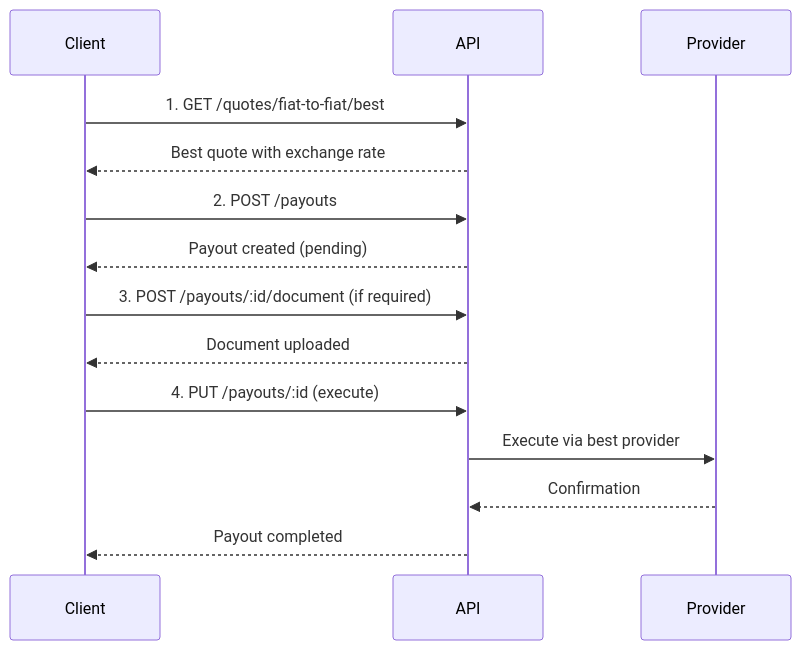
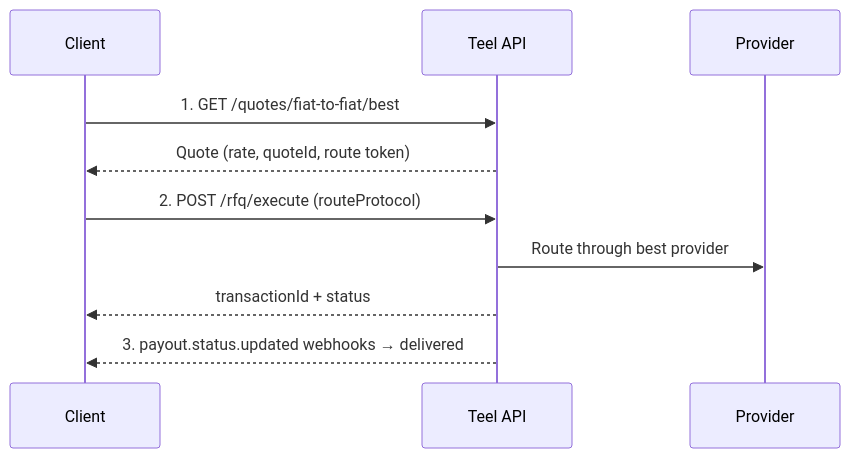
The diagram in guides/fiat-to-fiat-payout.mdx (TeelOrg/docs), drawn with Mermaid before and after one commit. The commit also changed other lines of this file and 14 other files, not shown here.

````diff
--- a/guides/fiat-to-fiat-payout.mdx
+++ b/guides/fiat-to-fiat-payout.mdx
@@ -12,17 +10,13 @@
 ```mermaid
 sequenceDiagram
     participant Client
-    participant API
+    participant API as Teel API
     participant Provider
 
     Client->>API: 1. GET /quotes/fiat-to-fiat/best
-    API-->>Client: Best quote with exchange rate
-    Client->>API: 2. POST /payouts
-    API-->>Client: Payout created (pending)
-    Client->>API: 3. POST /payouts/:id/document (if required)
-    API-->>Client: Document uploaded
-    Client->>API: 4. PUT /payouts/:id (execute)
-    API->>Provider: Execute via best provider
-    Provider-->>API: Confirmation
-    API-->>Client: Payout completed
+    API-->>Client: Quote (rate, quoteId, route token)
+    Client->>API: 2. POST /rfq/execute (routeProtocol)
+    API->>Provider: Route through best provider
+    API-->>Client: transactionId + status
+    API-->>Client: 3. payout.status.updated webhooks → delivered
 ```
````
